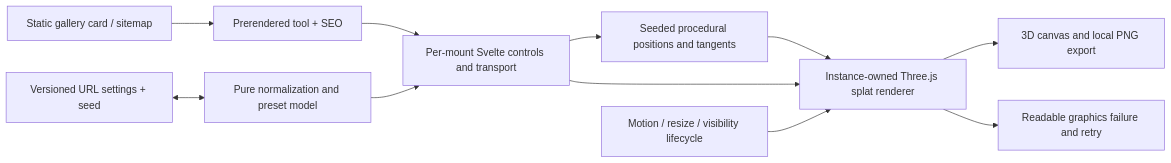
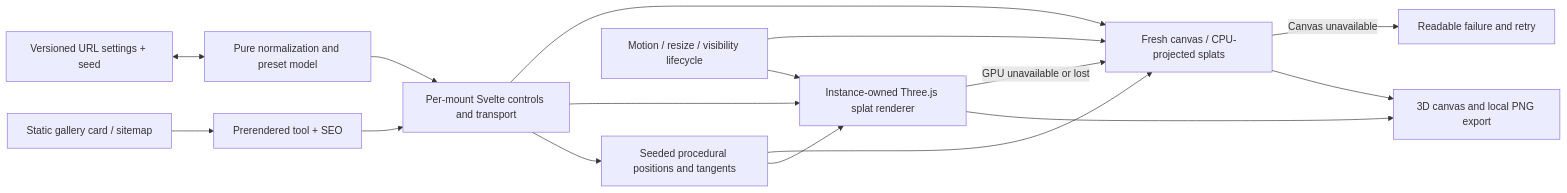
Diagram 15 of 36 in docs/architecture/ARCHITECTURE.md (suvrotica/suvroghosh-in), drawn with Mermaid before and after one commit. The commit also changed other lines of this file and 7 other files, not shown here.

````diff
--- a/docs/architecture/ARCHITECTURE.md
+++ b/docs/architecture/ARCHITECTURE.md
@@ -837,13 +846,18 @@
 ```mermaid
 flowchart LR
     Discovery["Static gallery card / sitemap"] --> Route["Prerendered tool + SEO"]
     Route --> UI["Per-mount Svelte controls and transport"]
     URL["Versioned URL settings + seed"] <--> Bounds["Pure normalization and preset model"]
     Bounds --> UI
     UI --> Geometry["Seeded procedural positions and tangents"]
     Geometry --> Renderer["Instance-owned Three.js splat renderer"]
     UI --> Renderer
     Visibility["Motion / resize / visibility lifecycle"] --> Renderer
     Renderer --> Canvas["3D canvas and local PNG export"]
-    Renderer --> Fallback["Readable graphics failure and retry"]
+    Renderer -->|GPU unavailable or lost| Compatibility["Fresh canvas / CPU-projected splats"]
+    Geometry --> Compatibility
+    UI --> Compatibility
+    Visibility --> Compatibility
+    Compatibility --> Canvas
+    Compatibility -->|Canvas unavailable| Fallback["Readable failure and retry"]
 ```
````
